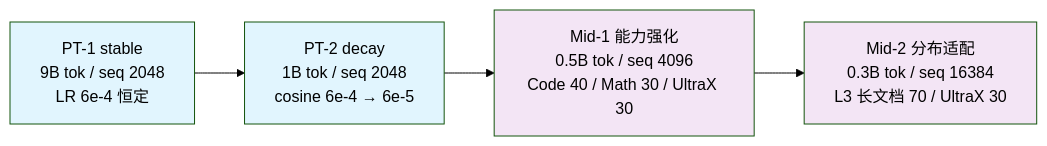
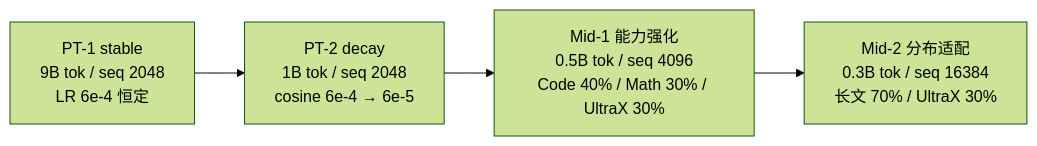
One commit to zongzhilou/shensi changed the first of 2 diagrams in src/shensi/recipes/paper/gated_delta_attn_res/stage0_pretrain/README.md. Above: the diagram before and after it, drawn with Mermaid (forest theme). The commit also changed other lines of this file and 243 other files, not shown here.

````diff
--- a/src/shensi/recipes/paper/gated_delta_attn_res/stage0_pretrain/README.md
+++ b/src/shensi/recipes/paper/gated_delta_attn_res/stage0_pretrain/README.md
@@ -20,10 +20,6 @@
 ```mermaid
 flowchart LR
     p1["PT-1 stable<br/>9B tok / seq 2048<br/>LR 6e-4 恒定"] --> p2["PT-2 decay<br/>1B tok / seq 2048<br/>cosine 6e-4 → 6e-5"]
-    p2 --> m1["Mid-1 能力强化<br/>0.5B tok / seq 4096<br/>Code 40 / Math 30 / UltraX 30"]
-    m1 --> m2["Mid-2 分布适配<br/>0.3B tok / seq 16384<br/>L3 长文档 70 / UltraX 30"]
-    style p1 fill:#e1f5fe
-    style p2 fill:#e1f5fe
-    style m1 fill:#f3e5f5
-    style m2 fill:#f3e5f5
+    p2 --> m1["Mid-1 能力强化<br/>0.5B tok / seq 4096<br/>Code 40% / Math 30% / UltraX 30%"]
+    m1 --> m2["Mid-2 分布适配<br/>0.3B tok / seq 16384<br/>长文 70% / UltraX 30%"]
 ```
````
